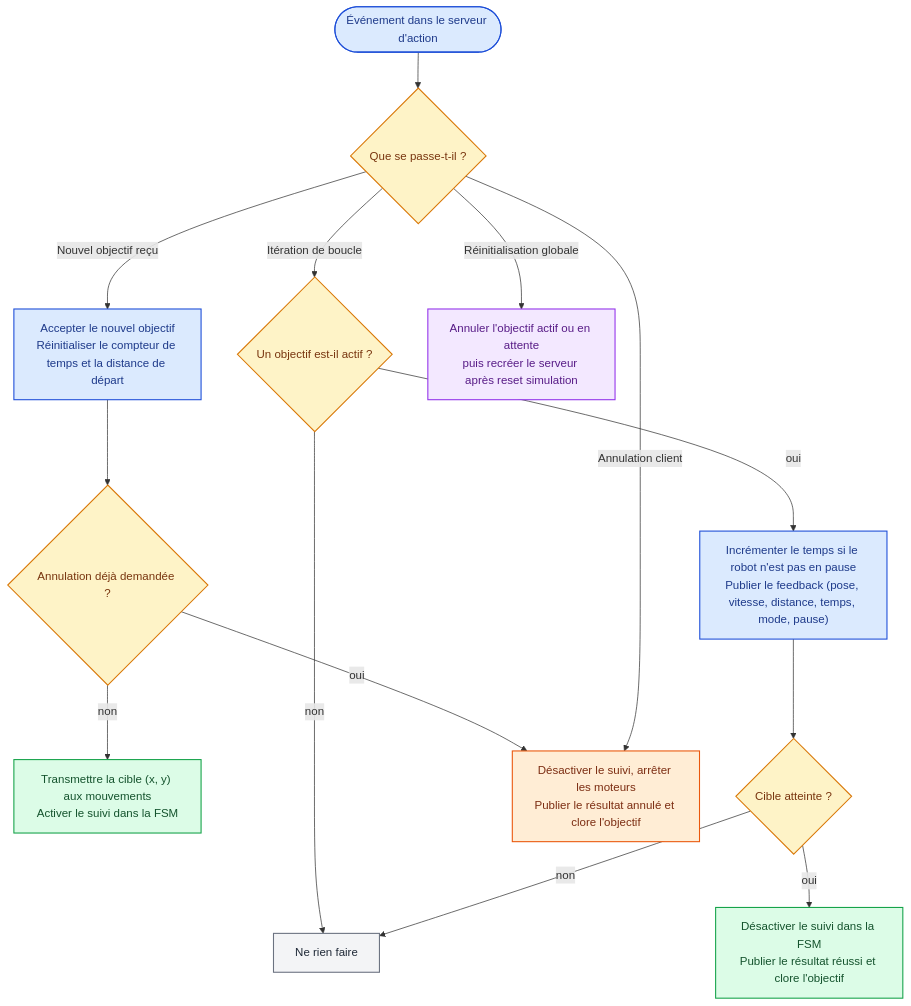
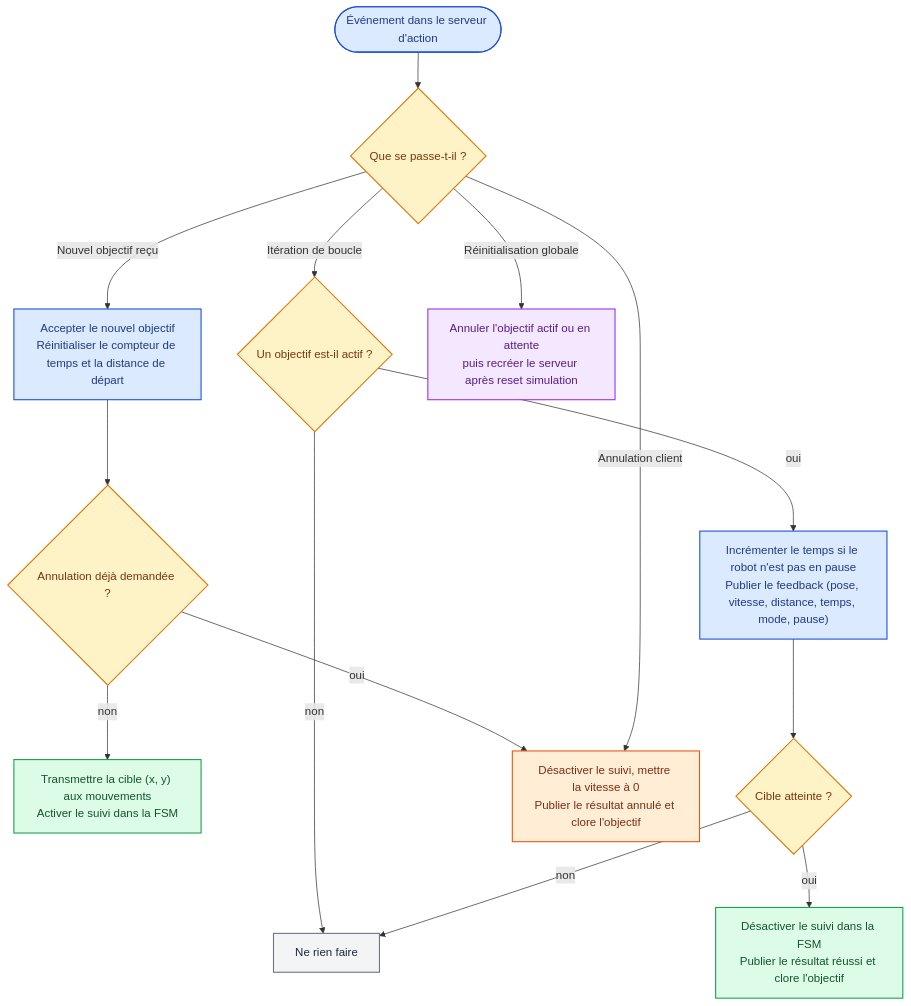
Before and after one commit to benoitdekeyn/E4SE_TD_TP: diagram 14 of 18 in robotique_et_navigation/Rapport/Rapport.md, drawn with Mermaid. The commit also changed other lines of this file and 2 other files, not shown here.

````diff
--- a/robotique_et_navigation/Rapport/Rapport.md
+++ b/robotique_et_navigation/Rapport/Rapport.md
@@ -1129,42 +1092,42 @@
 ```mermaid zoom=75
 flowchart TB
     EVT(["`Événement dans le serveur d'action`"])
     TYPE{"`Que se passe-t-il ?`"}
     ACC["`Accepter le nouvel objectif<br/>Réinitialiser le compteur de temps et la distance de départ`"]
     PRE_IMM{"`Annulation déjà demandée ?`"}
     SET_T["`Transmettre la cible (x, y) aux mouvements<br/>Activer le suivi dans la FSM`"]
     ACT{"`Un objectif est-il actif ?`"}
     NOOP["`Ne rien faire`"]
     TICK["`Incrémenter le temps si le robot n'est pas en pause<br/>Publier le feedback (pose, vitesse, distance, temps, mode, pause)`"]
     REACH{"`Cible atteinte ?`"}
     SUCC["`Désactiver le suivi dans la FSM<br/>Publier le résultat réussi et clore l'objectif`"]
-    CANCEL["`Désactiver le suivi, arrêter les moteurs<br/>Publier le résultat annulé et clore l'objectif`"]
+    CANCEL["`Désactiver le suivi, mettre la vitesse à 0<br/>Publier le résultat annulé et clore l'objectif`"]
     RST["`Annuler l'objectif actif ou en attente<br/>puis recréer le serveur après reset simulation`"]
 
     EVT --> TYPE
     TYPE -->|"Nouvel objectif reçu"| ACC
     ACC --> PRE_IMM
     PRE_IMM -->|"oui"| CANCEL
     PRE_IMM -->|"non"| SET_T
     TYPE -->|"Itération de boucle"| ACT
     ACT -->|"non"| NOOP
     ACT -->|"oui"| TICK
     TICK --> REACH
     REACH -->|"oui"| SUCC
     REACH -->|"non"| NOOP
     TYPE -->|"Annulation client"| CANCEL
     TYPE -->|"Réinitialisation globale"| RST
 
     style EVT fill:#dbeafe,stroke:#1d4ed8,stroke-width:1.5px,color:#1e3a8a
     style TYPE fill:#fef3c7,stroke:#d97706,stroke-width:1.5px,color:#78350f
     style PRE_IMM fill:#fef3c7,stroke:#d97706,stroke-width:1.5px,color:#78350f
     style ACT fill:#fef3c7,stroke:#d97706,stroke-width:1.5px,color:#78350f
     style REACH fill:#fef3c7,stroke:#d97706,stroke-width:1.5px,color:#78350f
     style SUCC fill:#dcfce7,stroke:#16a34a,stroke-width:1.5px,color:#14532d
     style SET_T fill:#dcfce7,stroke:#16a34a,stroke-width:1.5px,color:#14532d
     style CANCEL fill:#ffedd5,stroke:#ea580c,stroke-width:1.5px,color:#7c2d12
     style RST fill:#f3e8ff,stroke:#9333ea,stroke-width:1.5px,color:#581c87
     style NOOP fill:#f3f4f6,stroke:#6b7280,stroke-width:1.5px,color:#1f2937
     style ACC fill:#dbeafe,stroke:#1d4ed8,stroke-width:1.5px,color:#1e3a8a
     style TICK fill:#dbeafe,stroke:#1d4ed8,stroke-width:1.5px,color:#1e3a8a
 ```
````
